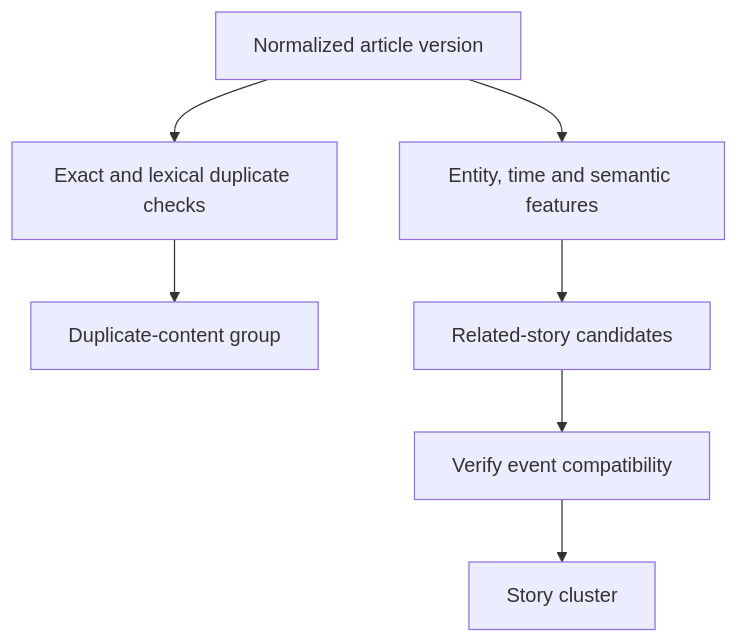
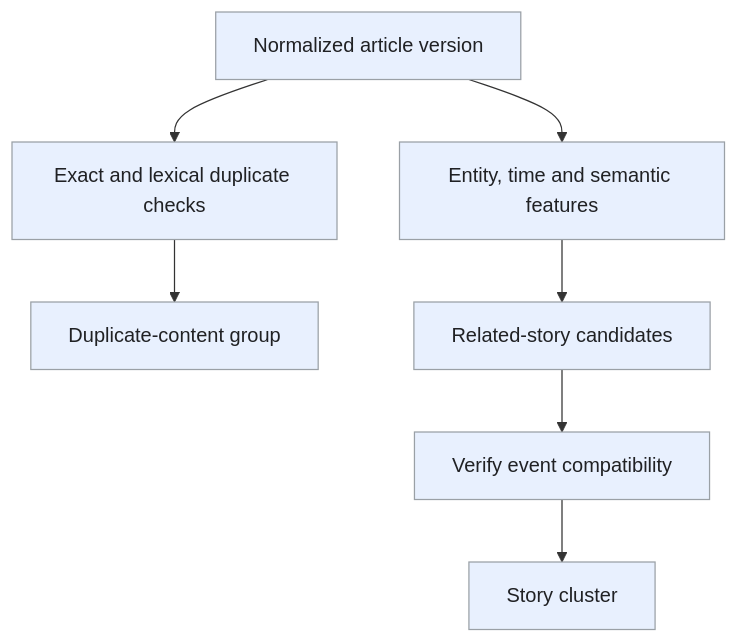
Before and after one commit to iliazlobin/iliazlobin.github.io: the third of 3 diagrams in _designs/system-design-google-news.md, drawn with Mermaid. The commit also changed other lines of this file and 20 other files, not shown here.

Commit message:
Improve design flows, tradeoffs, and technology references

````diff
--- a/_designs/system-design-google-news.md
+++ b/_designs/system-design-google-news.md
@@ -200,9 +239,13 @@
 ```mermaid
 flowchart TB
   A["Normalized article version"] --> H["Exact and lexical duplicate checks"]
   H --> D["Duplicate-content group"]
   A --> E["Entity, time and semantic features"]
   E --> C["Related-story candidates"]
   C --> V["Verify event compatibility"]
   V --> S["Story cluster"]
+  classDef request fill:#e8f0fe,stroke:#9aa0a6,color:#202124,stroke-width:1px
+  classDef background fill:#e6f4ea,stroke:#9aa0a6,color:#202124,stroke-width:1px
+  classDef control fill:#fef7e0,stroke:#9aa0a6,color:#202124,stroke-width:1px
+  class A,H,D,E,C,V,S request
 ```
````
